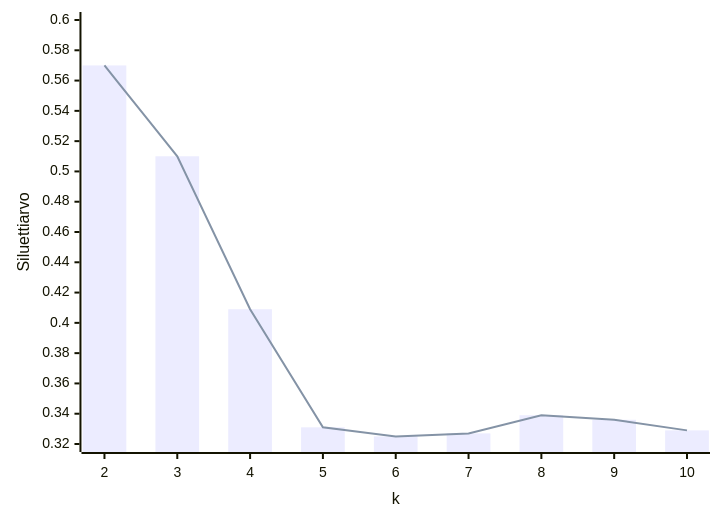
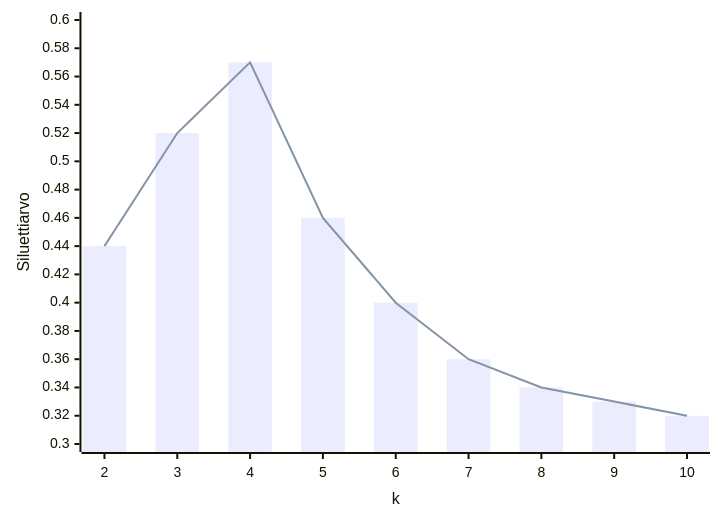
Before and after one commit to sourander/ml-perusteet: the second of 2 diagrams in docs/5_klusterointi/kMeans.md, drawn with Mermaid. The commit also changed other lines of this file, not shown here.

Commit message:
Fix the silhouette score

````diff
--- a/docs/5_klusterointi/kMeans.md
+++ b/docs/5_klusterointi/kMeans.md
@@ -293,7 +293,7 @@
 ```mermaid
 xychart
     x-axis "k" [2, 3, 4, 5, 6, 7, 8, 9, 10]
-    y-axis "Siluettiarvo" 0.32 --> 0.6
-    bar [0.57, 0.51, 0.409, 0.331, 0.325, 0.327, 0.339, 0.336, 0.329]
-    line [0.57, 0.51, 0.409, 0.331, 0.325, 0.327, 0.339, 0.336, 0.329]
+    y-axis "Siluettiarvo" 0.3 --> 0.6
+    bar [0.44, 0.52, 0.57, 0.46, 0.4, 0.36, 0.34, 0.33, 0.32]
+    line [0.44, 0.52, 0.57, 0.46, 0.4, 0.36, 0.34, 0.33, 0.32]
 ```
````
